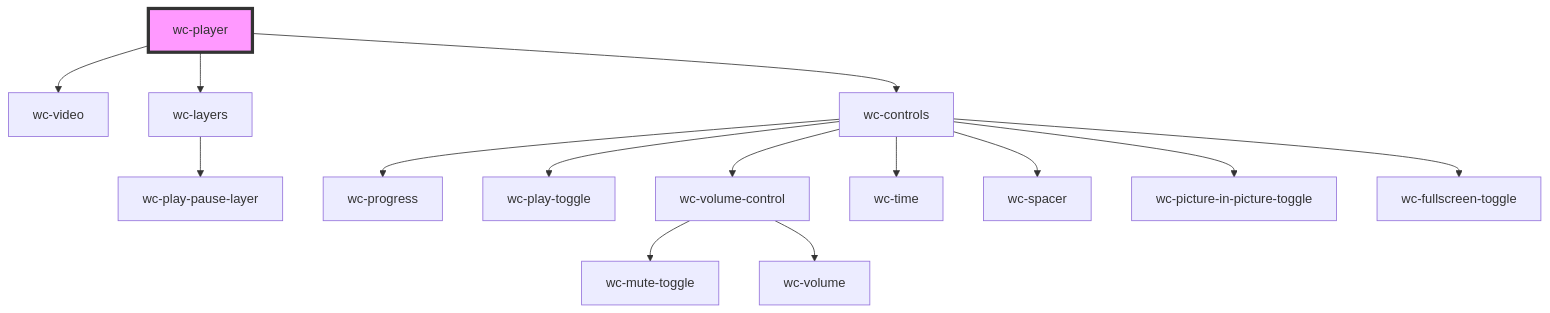
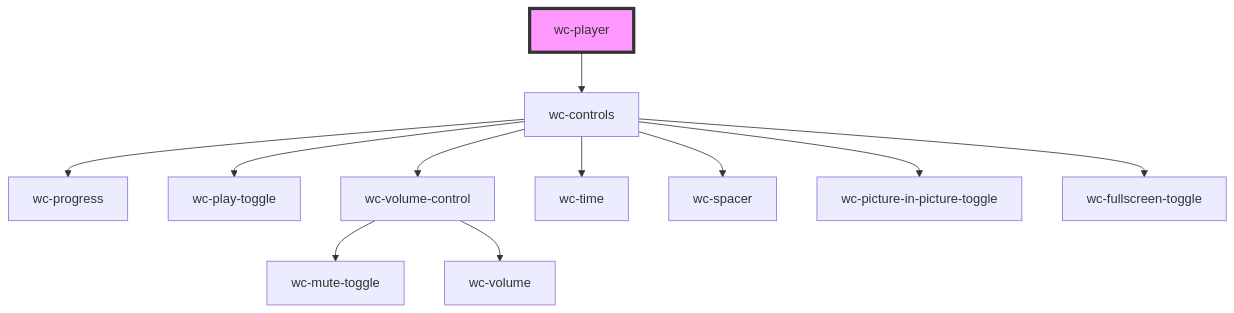
Before and after one commit to iChengbo/wcplayer: the diagram in packages/wcplayer-components/src/components/wc-player/readme.md, drawn with Mermaid. The commit also changed other lines of this file and 15 other files, not shown here.

Commit message:
refactor: wc-player & wc-controls & remove wc-video

````diff
--- a/packages/wcplayer-components/src/components/wc-player/readme.md
+++ b/packages/wcplayer-components/src/components/wc-player/readme.md
@@ -40,17 +26,14 @@
 ```mermaid
 graph TD;
-  wc-player --> wc-video
-  wc-player --> wc-layers
   wc-player --> wc-controls
-  wc-layers --> wc-play-pause-layer
   wc-controls --> wc-progress
   wc-controls --> wc-play-toggle
   wc-controls --> wc-volume-control
   wc-controls --> wc-time
   wc-controls --> wc-spacer
   wc-controls --> wc-picture-in-picture-toggle
   wc-controls --> wc-fullscreen-toggle
   wc-volume-control --> wc-mute-toggle
   wc-volume-control --> wc-volume
   style wc-player fill:#f9f,stroke:#333,stroke-width:4px
 ```
````
